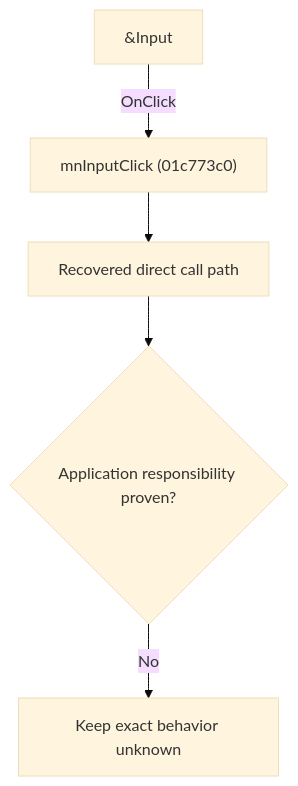
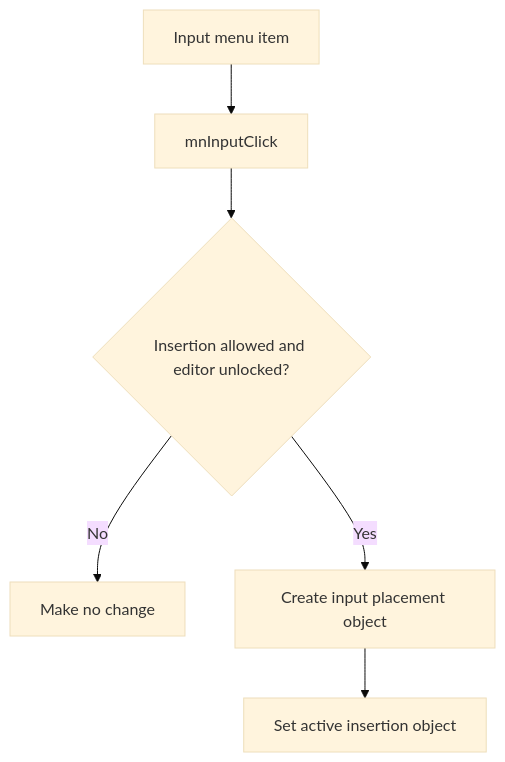
Before and after one commit to MovGP0/TIARA: the diagram in docs/ui-controls/schematiceditor/mninput-f975854c78.md, drawn with Mermaid (base theme). The commit also changed other lines of this file and 241 other files, not shown here.

````diff
--- a/docs/ui-controls/schematiceditor/mninput-f975854c78.md
+++ b/docs/ui-controls/schematiceditor/mninput-f975854c78.md
@@ -27,7 +19,8 @@
 ```mermaid
 flowchart TD
-    control["&Input"] -->|"OnClick"| handler["mnInputClick (01c773c0)"]
-    handler --> recovered["Recovered direct call path"]
-    recovered --> gap{"Application responsibility proven?"}
-    gap -->|"No"| blocked["Keep exact behavior unknown"]
+    control["Input menu item"] --> handler["mnInputClick"]
+    handler --> allowed{"Insertion allowed and editor unlocked?"}
+    allowed -->|"No"| noOp["Make no change"]
+    allowed -->|"Yes"| create["Create input placement object"]
+    create --> active["Set active insertion object"]
 ```
````
